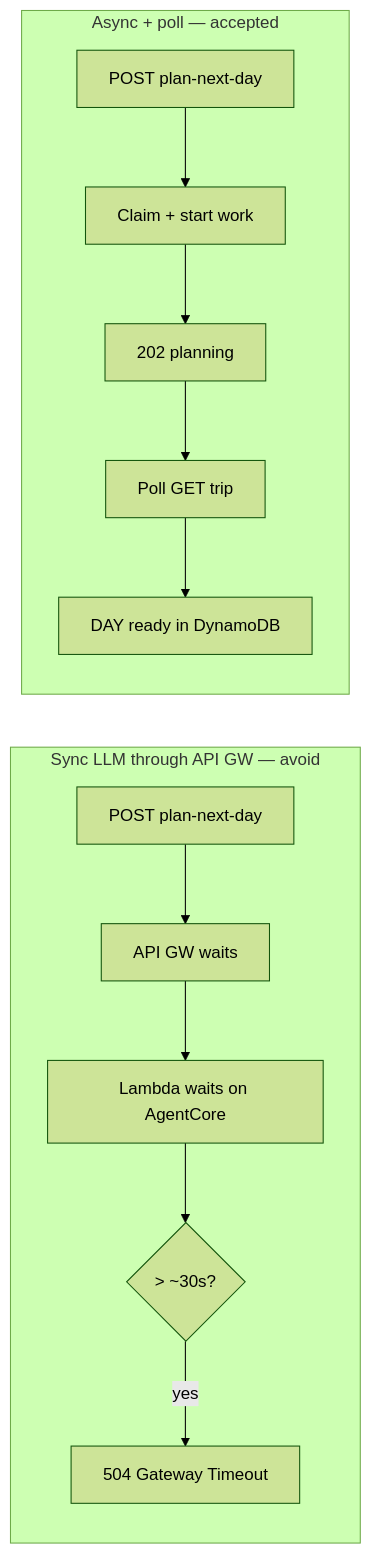
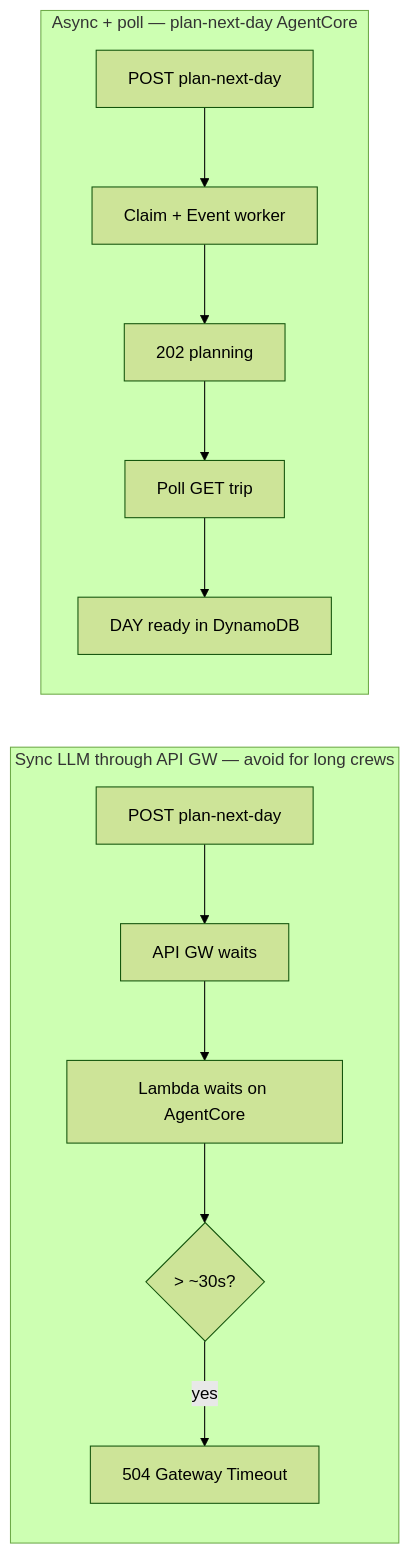
Before and after one commit to YukiUmetsu/vacation-planner-crewai: the second of 3 diagrams in docs/architecture-decisions/README.md, drawn with Mermaid (forest theme). The commit also changed other lines of this file and 9 other files, not shown here.

````diff
--- a/docs/architecture-decisions/README.md
+++ b/docs/architecture-decisions/README.md
@@ -68,16 +68,16 @@
 ```mermaid
 flowchart LR
-  subgraph bad [Sync LLM through API GW — avoid]
+  subgraph bad [Sync LLM through API GW — avoid for long crews]
     b1[POST plan-next-day] --> b2[API GW waits]
     b2 --> b3[Lambda waits on AgentCore]
     b3 --> b4{"> ~30s?"}
     b4 -->|yes| b5[504 Gateway Timeout]
   end
 
-  subgraph good [Async + poll — accepted]
-    g1[POST plan-next-day] --> g2[Claim + start work]
+  subgraph good [Async + poll — plan-next-day AgentCore]
+    g1[POST plan-next-day] --> g2[Claim + Event worker]
     g2 --> g3[202 planning]
     g3 --> g4[Poll GET trip]
     g4 --> g5[DAY ready in DynamoDB]
   end
 ```
````
